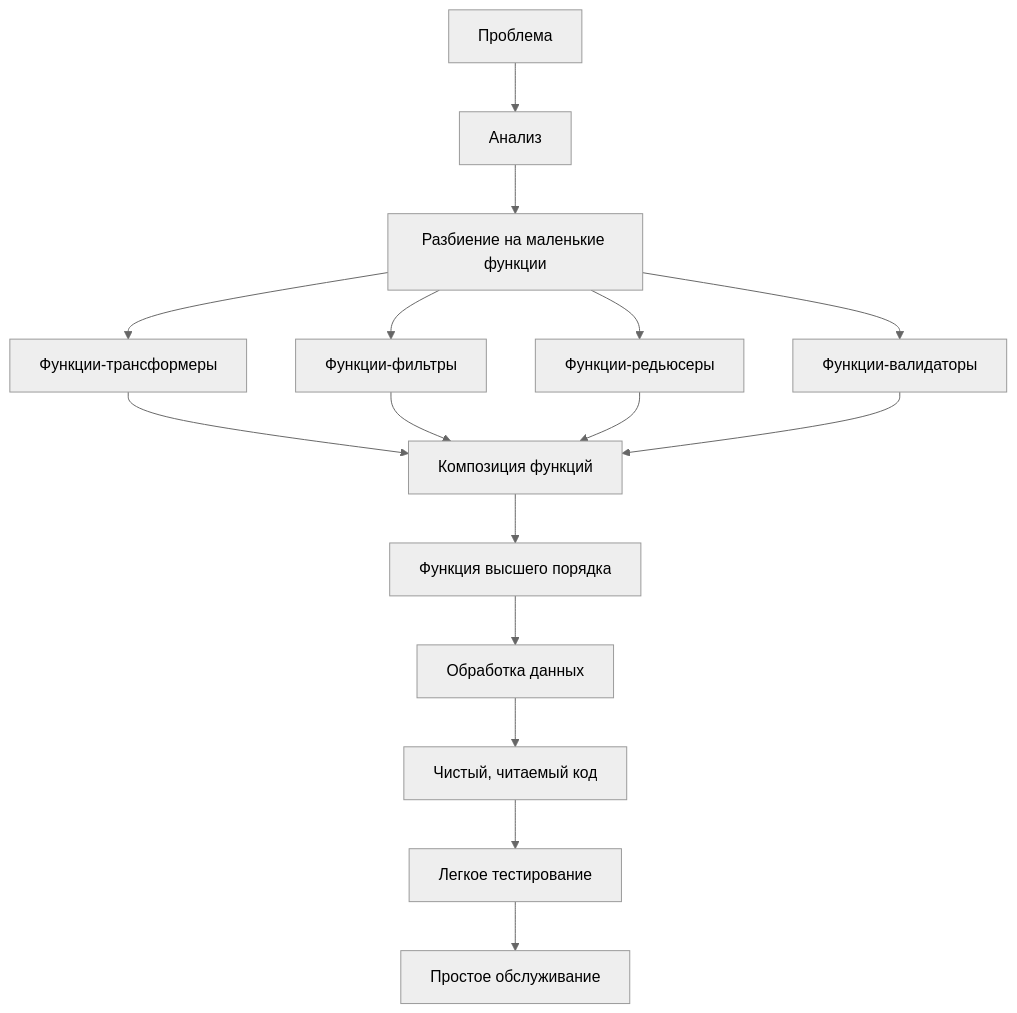
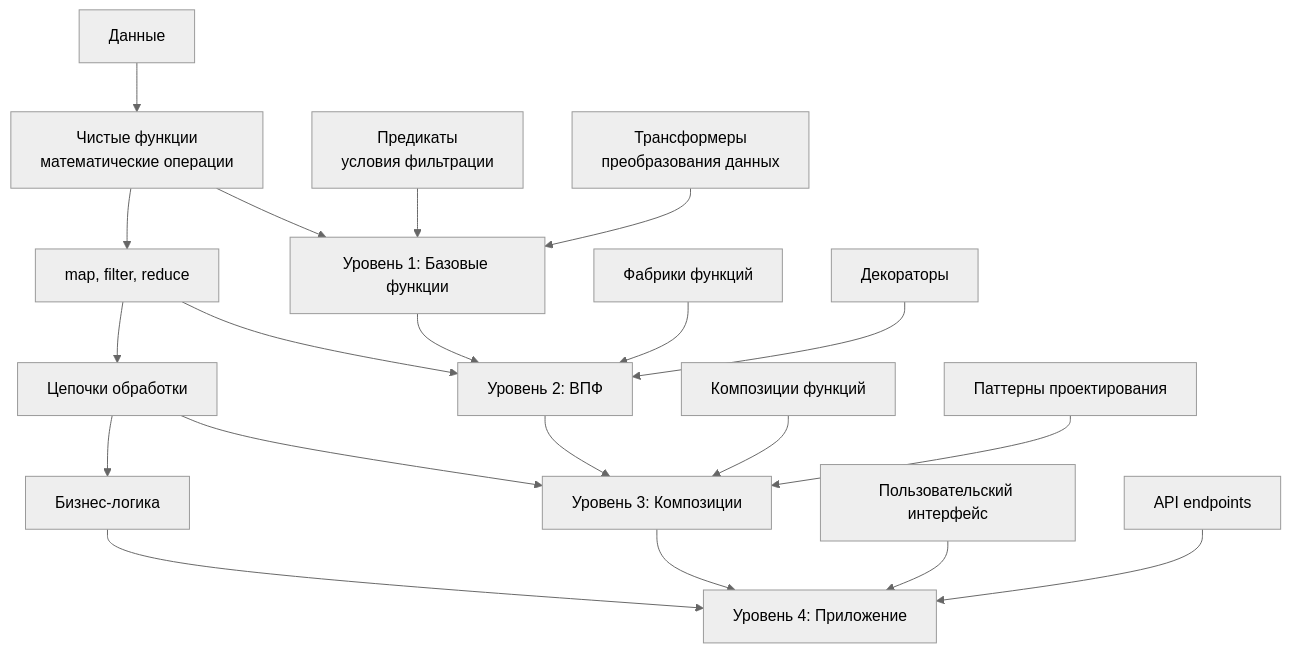
One commit to softboxdev/javascript_frameworks changed the ninth of 10 diagrams in module_001/high_order_functions_diagrams.md. Above: the diagram before and after it, drawn with Mermaid (neutral theme). The commit also changed other lines of this file, not shown here.

````diff
--- a/module_001/high_order_functions_diagrams.md
+++ b/module_001/high_order_functions_diagrams.md
@@ -194,21 +250,27 @@
 ```mermaid
-flowchart TD
-    A[Проблема] --> B[Анализ]
-    B --> C[Разбиение на маленькие функции]
+graph TD
+    A[Уровень 1: Базовые функции] --> B[Уровень 2: ВПФ]
+    B --> C[Уровень 3: Композиции]
+    C --> D[Уровень 4: Приложение]
     
-    C --> D[Функции-трансформеры]
-    C --> E[Функции-фильтры]
-    C --> F[Функции-редьюсеры]
-    C --> G[Функции-валидаторы]
+    A1[Чистые функции<br/>математические операции] --> A
+    A2[Предикаты<br/>условия фильтрации] --> A
+    A3[Трансформеры<br/>преобразования данных] --> A
     
-    D --> H[Композиция функций]
-    E --> H
-    F --> H
-    G --> H
+    B1[map, filter, reduce] --> B
+    B2[Фабрики функций] --> B
+    B3[Декораторы] --> B
     
-    H --> I[Функция высшего порядка]
-    I --> J[Обработка данных]
-    J --> K[Чистый, читаемый код]
-    K --> L[Легкое тестирование]
-    L --> M[Простое обслуживание]
+    C1[Цепочки обработки] --> C
+    C2[Композиции функций] --> C
+    C3[Паттерны проектирования] --> C
+    
+    D1[Бизнес-логика] --> D
+    D2[Пользовательский интерфейс] --> D
+    D3[API endpoints] --> D
+    
+    E[Данные] --> A1
+    A1 --> B1
+    B1 --> C1
+    C1 --> D1
 ```
````
